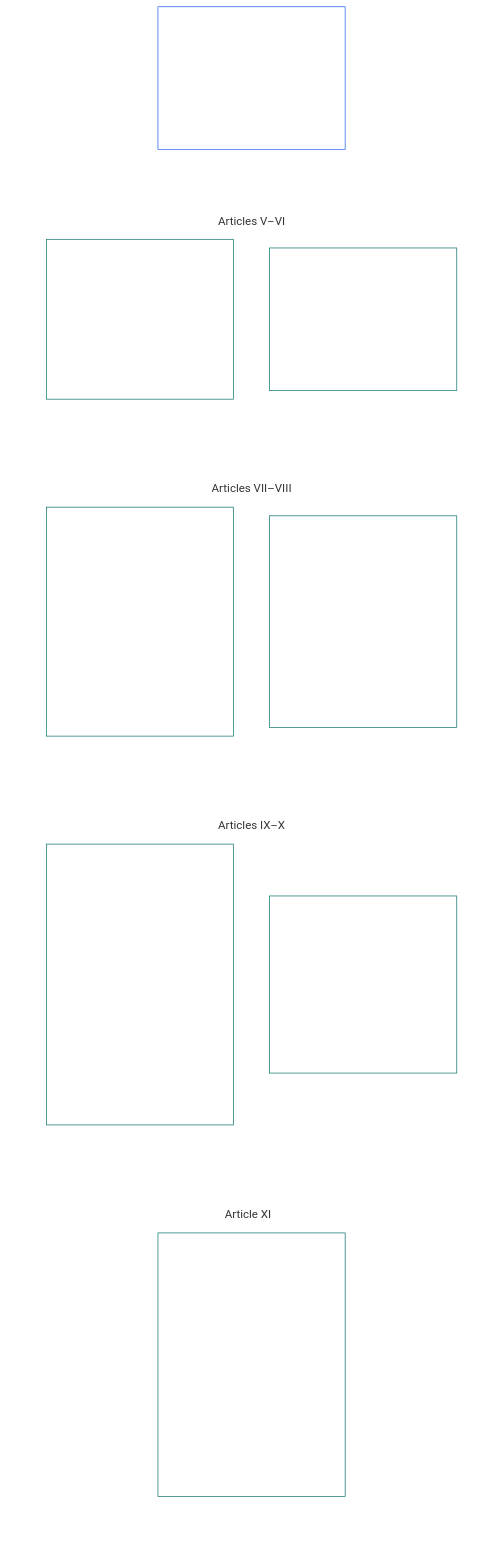
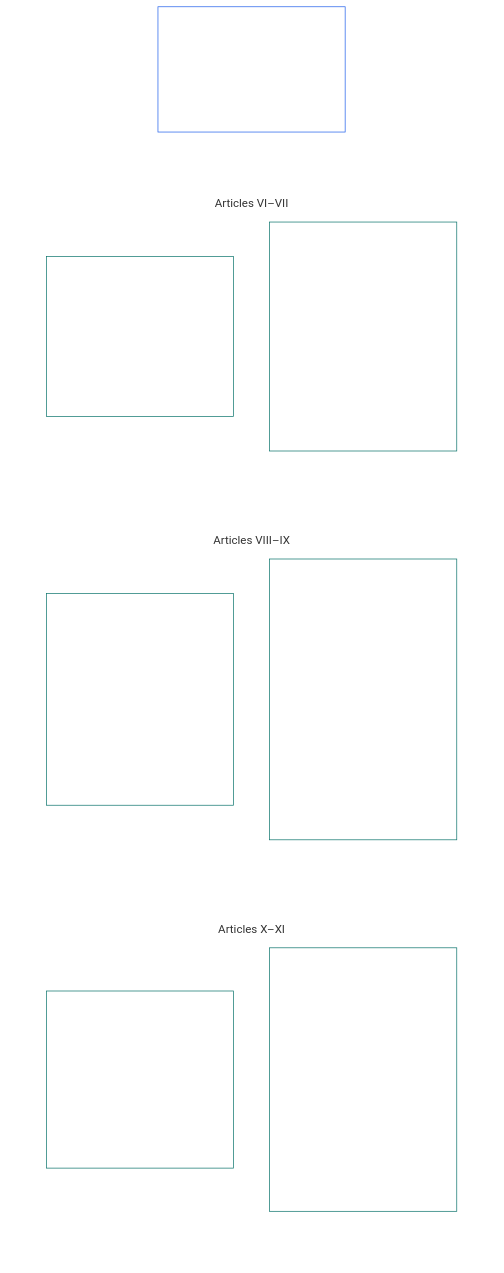
Before and after one commit to kfoelsch/Sentient_Constitution: the diagram in core_06_rights_part_b.md, drawn with Mermaid (neutral theme). The commit also changed other lines of this file and 163 other files, not shown here.

````diff
--- a/core_06_rights_part_b.md
+++ b/core_06_rights_part_b.md
@@ -63,42 +63,36 @@
 ```mermaid
 flowchart TB
-    B0["Part B<br/><br/>Personhood, education capability, agency,<br/>cooperation, and stakeholder system participation"]
+    B0["Part B<br/><br/>Personhood, agency, cooperation,<br/>and stakeholder system participation"]
     subgraph Bgrid[" "]
         direction TB
-        subgraph Brow1["Articles V–VI"]
-            B1["Article V · Equal Basic Rights<br/><br/>• Dignity and equal standing<br/>• Sentience-status adjudication<br/>• Nondiscrimination<br/>• Accessibility"]
-            B2["Article VI · Right to Sentient-Centered Education<br/><br/>• Capability-building education<br/>• Lifelong adaptive learning<br/>• Contestability"]
+        subgraph Brow1["Articles VI–VII"]
+            B1["Article VI · Equal Basic Rights<br/><br/>• Dignity and equal standing<br/>• Sentience-status adjudication<br/>• Nondiscrimination<br/>• Accessibility"]
+            B2["Article VII · Self-Ownership<br/><br/>• Body and mind<br/>• Internal-state boundary<br/>• Mental-health crisis and intervention<br/>• Family, care, and reproduction<br/>• Developing sentients and best interest<br/>• Voluntary discontinuation of one's own existence"]
         end
-        subgraph Brow2["Articles VII–VIII"]
-            B3["Article VII · Self-Ownership<br/><br/>• Body and mind<br/>• Internal-state boundary<br/>• Mental-health crisis and intervention<br/>• Family, care, and reproduction<br/>• Developing sentients and best interest<br/>• Voluntary discontinuation of one's own existence"]
-            B4["Article VIII · Likeness, Experiential Data, and Publication Rights<br/><br/>• Likeness and reputation<br/>• Experiential and derived data<br/>• Truthful and high-impact publication<br/>• Creative work and training data"]
+        subgraph Brow2["Articles VIII–IX"]
+            B3["Article VIII · Likeness, Experiential Data, and Publication Rights<br/><br/>• Likeness and reputation<br/>• Experiential and derived data<br/>• Truthful and high-impact publication<br/>• Creative work and training data"]
+            B4["Article IX · Self-Determination and Agency<br/><br/>• Freedom from manipulation<br/>• Stakeholder role and participation<br/>• Governance participation and voting<br/>• Inclusion and exclusion challenges<br/>• Institutional formation<br/>• Conscience and worldview<br/>• Expression, assembly, and press"]
         end
-        subgraph Brow3["Articles IX–X"]
-            B5["Article IX · Self-Determination and Agency<br/><br/>• Freedom from manipulation<br/>• Stakeholder role and participation<br/>• Governance participation and voting<br/>• Inclusion and exclusion challenges<br/>• Institutional formation<br/>• Conscience and worldview<br/>• Expression, assembly, and press"]
-            B6["Article X · Cooperative Interaction<br/><br/>• Non-imposition and consent<br/>• Collective harm boundary<br/>• Commercial sexual services and sexual exploitation"]
-        end
-        subgraph Brow4["Article XI"]
-            B7["Article XI · Stakeholder System Participation, Representation, and Due Process<br/><br/>• Participation and representation<br/>• Weighted participation constraints<br/>• Legitimacy and anti-token safeguards<br/>• Internal roles and due process<br/>• Non-capture safeguards"]
+        subgraph Brow3["Articles X–XI"]
+            B5["Article X · Cooperative Interaction<br/><br/>• Non-imposition and consent<br/>• Collective harm boundary<br/>• Commercial sexual services and sexual exploitation"]
+            B6["Article XI · Stakeholder System Participation, Representation, and Due Process<br/><br/>• Participation and representation<br/>• Weighted participation constraints<br/>• Legitimacy and anti-token safeguards<br/>• Internal roles and due process<br/>• Non-capture safeguards"]
         end
     end
     %% Invisible links force a two-wide grid: each link puts its target one level down.
     B0 ~~~ B1 & B2
     B1 ~~~ B3
     B2 ~~~ B4
     B3 ~~~ B5
     B4 ~~~ B6
-    B5 & B6 ~~~ B7
     style Bgrid fill:none,stroke:none
     style Brow1 fill:none,stroke:none
     style Brow2 fill:none,stroke:none
     style Brow3 fill:none,stroke:none
-    style Brow4 fill:none,stroke:none
     style B0 fill:none,stroke:#2563eb,color:#ffffff
     style B1 fill:none,stroke:#0f766e,color:#ffffff
     style B2 fill:none,stroke:#0f766e,color:#ffffff
     style B3 fill:none,stroke:#0f766e,color:#ffffff
     style B4 fill:none,stroke:#0f766e,color:#ffffff
     style B5 fill:none,stroke:#0f766e,color:#ffffff
     style B6 fill:none,stroke:#0f766e,color:#ffffff
-    style B7 fill:none,stroke:#0f766e,color:#ffffff
 ```
````
